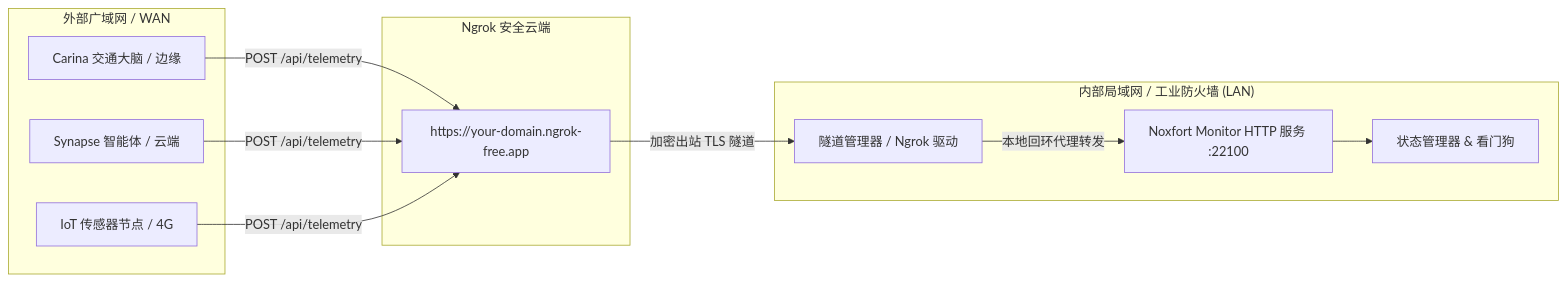
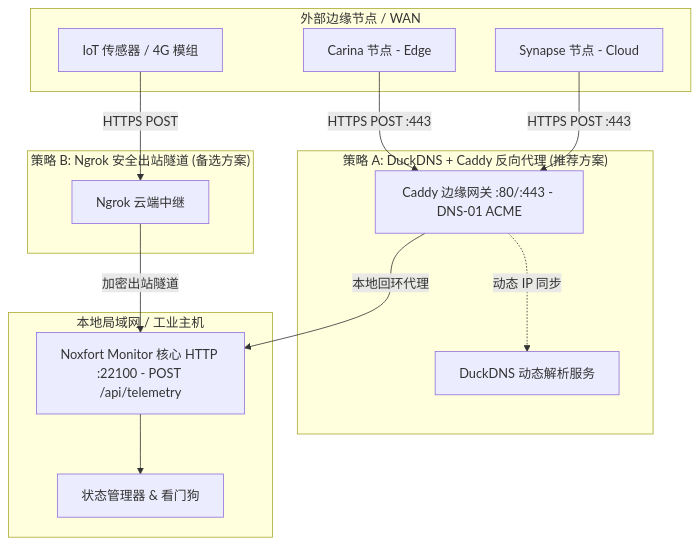
The diagram in docs/zh/remote_access.md (Noxfort-Systems-Brazil/MONITOR), drawn with Mermaid before and after one commit. The commit also changed other lines of this file and 104 other files, not shown here.

````diff
--- a/docs/zh/remote_access.md
+++ b/docs/zh/remote_access.md
@@ -13,26 +13,31 @@
 ```mermaid
-graph LR
-    subgraph "外部广域网 / WAN"
-        Carina[Carina 交通大脑 / 边缘]
-        Synapse[Synapse 智能体 / 云端]
-        Sensor[IoT 传感器节点 / 4G]
+graph TD
+    subgraph "外部边缘节点 / WAN"
+        Carina[Carina 节点 - Edge]
+        Synapse[Synapse 节点 - Cloud]
+        Sensor[IoT 传感器 / 4G 模组]
     end
 
-    subgraph "Ngrok 安全云端"
-        EdgeURL[https://your-domain.ngrok-free.app]
+    subgraph "策略 A: DuckDNS + Caddy 反向代理 (推荐方案)"
+        DuckDNS[DuckDNS 动态解析服务]
+        Caddy[Caddy 边缘网关 :80/:443 - DNS-01 ACME]
     end
 
-    subgraph "内部局域网 / 工业防火墙 (LAN)"
-        TunnelManager[隧道管理器 / Ngrok 驱动]
-        MonitorServer[Noxfort Monitor HTTP 服务 :22100]
+    subgraph "策略 B: Ngrok 安全出站隧道 (备选方案)"
+        NgrokEdge[Ngrok 云端中继]
+    end
+
+    subgraph "本地局域网 / 工业主机"
+        ExtHTTP[Noxfort Monitor 核心 HTTP :22100 - POST /api/telemetry]
         StateManager[状态管理器 & 看门狗]
     end
 
-    Carina -->|POST /api/telemetry| EdgeURL
-    Synapse -->|POST /api/telemetry| EdgeURL
-    Sensor -->|POST /api/telemetry| EdgeURL
+    Carina -->|HTTPS POST :443| Caddy
+    Synapse -->|HTTPS POST :443| Caddy
+    Sensor -->|HTTPS POST| NgrokEdge
 
-    EdgeURL -->|加密出站 TLS 隧道| TunnelManager
-    TunnelManager -->|本地回环代理转发| MonitorServer
-    MonitorServer --> StateManager
+    Caddy -.->|动态 IP 同步| DuckDNS
+    Caddy -->|本地回环代理| ExtHTTP
+    NgrokEdge -->|加密出站隧道| ExtHTTP
+    ExtHTTP --> StateManager
 ```
````
